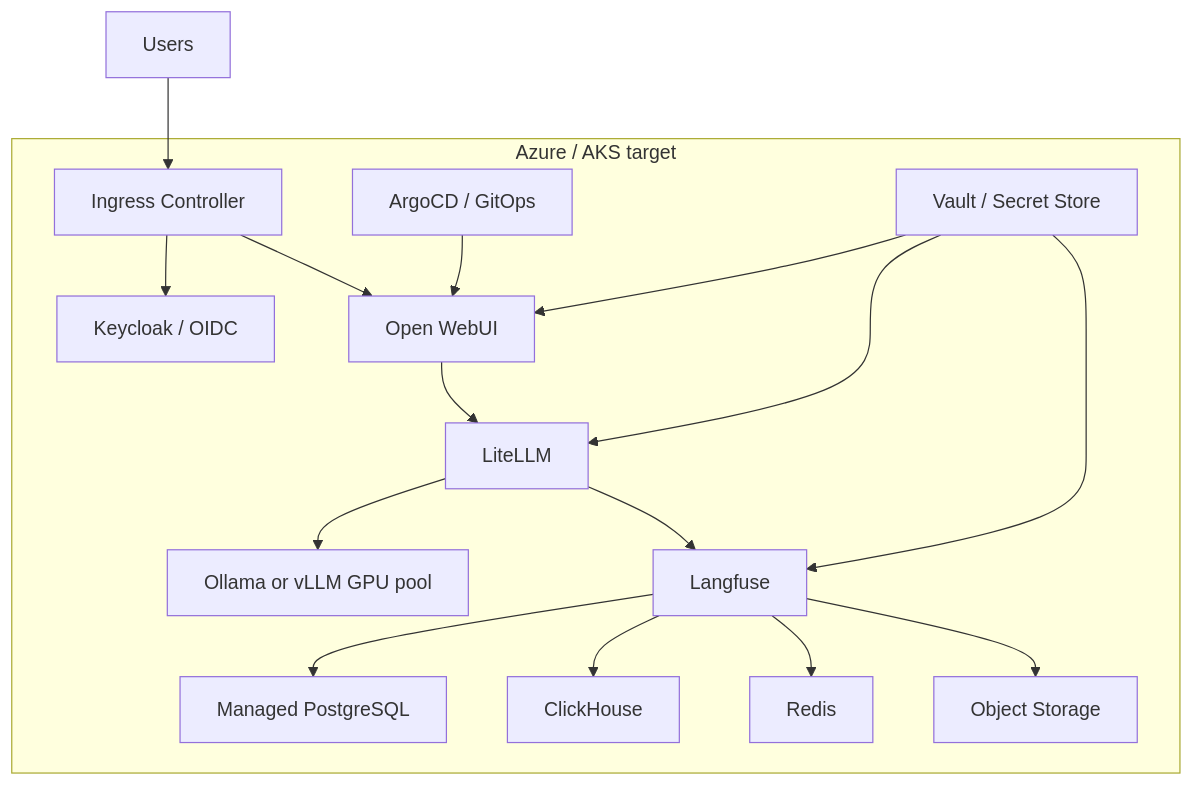
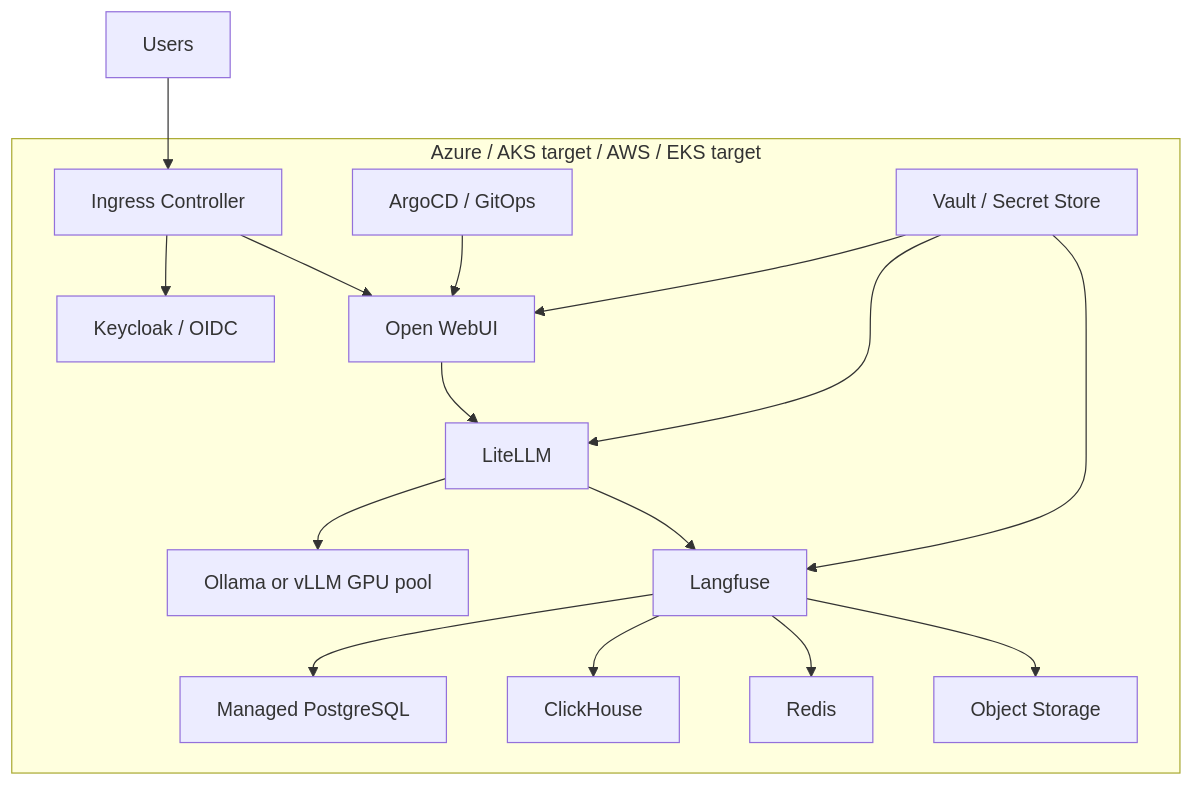
Before and after one commit to AlbanAndrieu/thiga-ai: the eighth of 8 diagrams in docs/diagrams.md, drawn with Mermaid. The commit also changed other lines of this file and 8 other files, not shown here.

First line of the commit message:
🔩 (docs): Update README and architecture documentation to reflect changes in the PoC ✨ (docs): Improve maintainability by breaking down services into single responsibilities Improved documentation and architecture overview

````diff
--- a/docs/diagrams.md
+++ b/docs/diagrams.md
@@ -202,34 +202,34 @@
 ```mermaid
 flowchart TB
     users["Users"]
 
-    subgraph azure["Azure / AKS target"]
+    subgraph azure["Azure / AKS target / AWS / EKS target"]
         ingress["Ingress Controller"]
         keycloak["Keycloak / OIDC"]
         openwebui["Open WebUI"]
         litellm["LiteLLM"]
         ollama["Ollama or vLLM GPU pool"]
         langfuse["Langfuse"]
         postgres["Managed PostgreSQL"]
         clickhouse["ClickHouse"]
         redis["Redis"]
         objectstore["Object Storage"]
         gitops["ArgoCD / GitOps"]
         vault["Vault / Secret Store"]
     end
 
     users --> ingress
     ingress --> keycloak
     ingress --> openwebui
     openwebui --> litellm
     litellm --> ollama
     litellm --> langfuse
     langfuse --> postgres
     langfuse --> clickhouse
     langfuse --> redis
     langfuse --> objectstore
     gitops --> openwebui
     vault --> openwebui
     vault --> litellm
     vault --> langfuse
 ```
````
